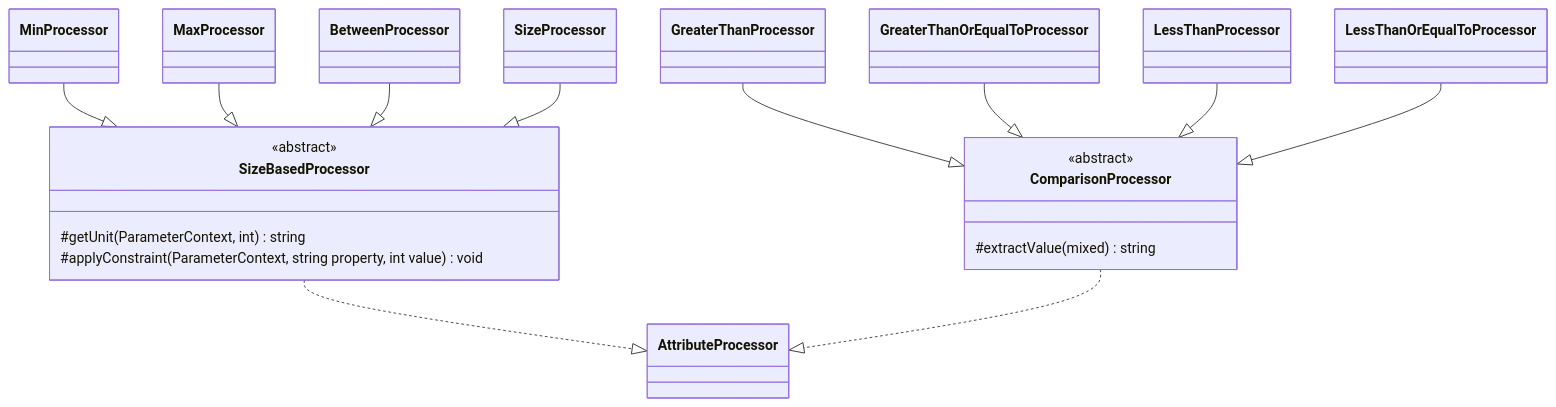
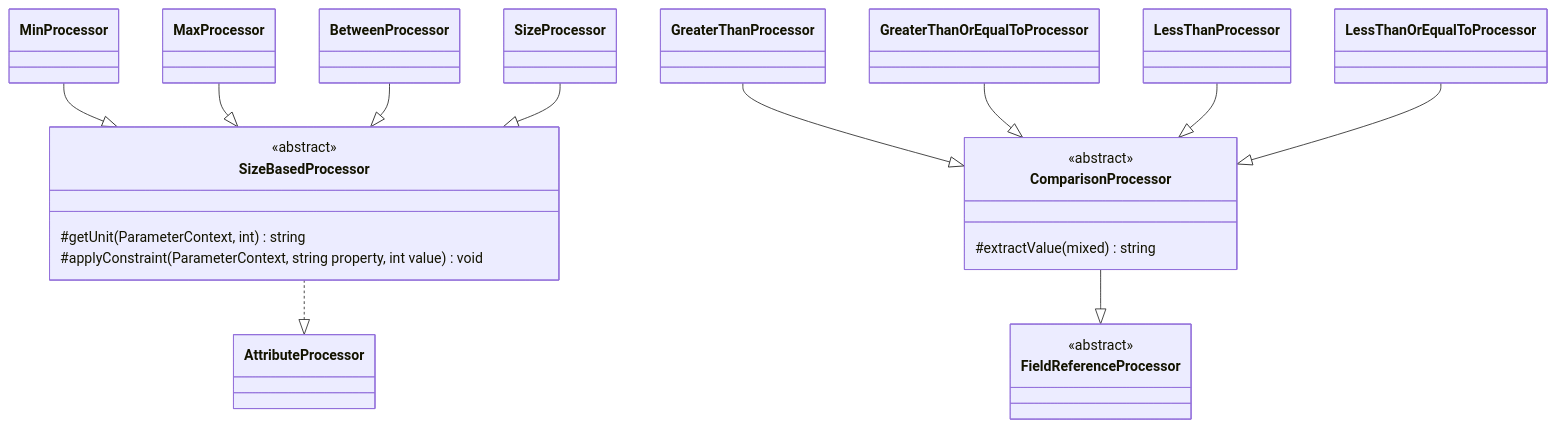
Before and after one commit to abrhadev/laravel-data-docs: the diagram in spdd/prompt/LDD-202609251859-[Canvas]-family-size-bounds.md, drawn with Mermaid. The commit also changed other lines of this file and 48 other files, not shown here.

````diff
--- a/spdd/prompt/LDD-202609251859-[Canvas]-family-size-bounds.md
+++ b/spdd/prompt/LDD-202609251859-[Canvas]-family-size-bounds.md
@@ -19,22 +19,25 @@
 ```mermaid
 classDiagram
     class SizeBasedProcessor {
         <<abstract>>
         #getUnit(ParameterContext, int) string
         #applyConstraint(ParameterContext, string property, int value) void
     }
+    class FieldReferenceProcessor {
+        <<abstract>>
+    }
     class ComparisonProcessor {
         <<abstract>>
         #extractValue(mixed) string
     }
     SizeBasedProcessor ..|> AttributeProcessor
-    ComparisonProcessor ..|> AttributeProcessor
+    ComparisonProcessor --|> FieldReferenceProcessor
     MinProcessor --|> SizeBasedProcessor
     MaxProcessor --|> SizeBasedProcessor
     BetweenProcessor --|> SizeBasedProcessor
     SizeProcessor --|> SizeBasedProcessor
     GreaterThanProcessor --|> ComparisonProcessor
     GreaterThanOrEqualToProcessor --|> ComparisonProcessor
     LessThanProcessor --|> ComparisonProcessor
     LessThanOrEqualToProcessor --|> ComparisonProcessor
 ```
````
